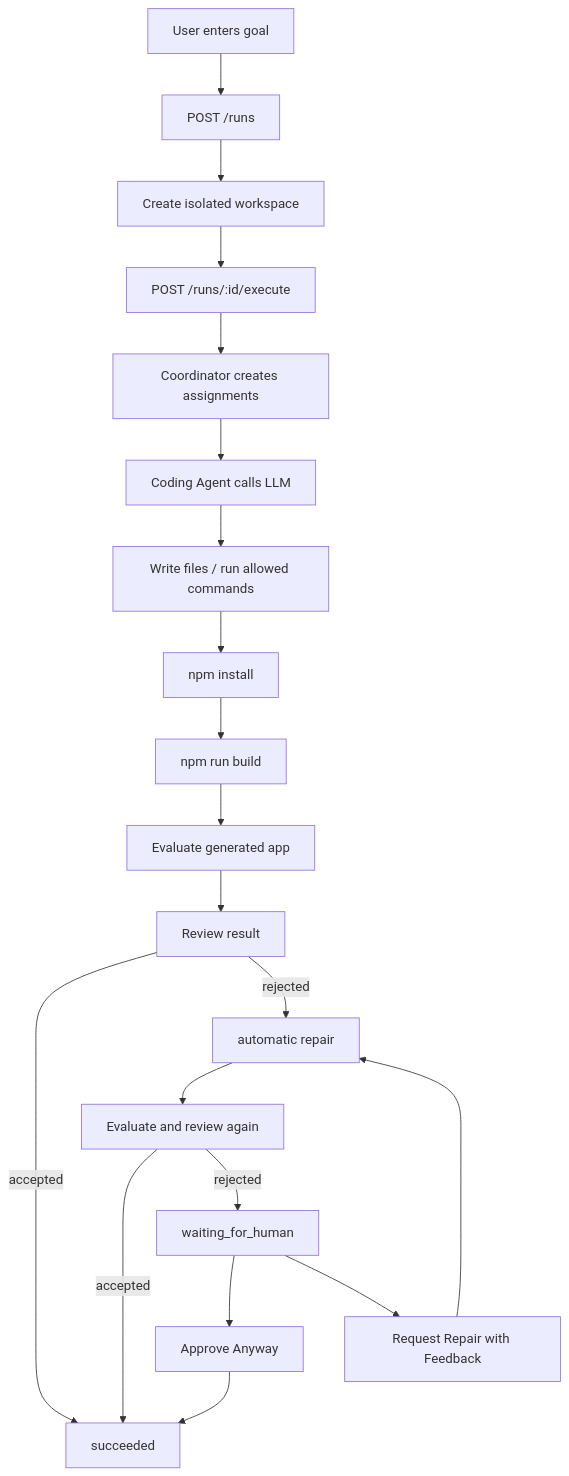
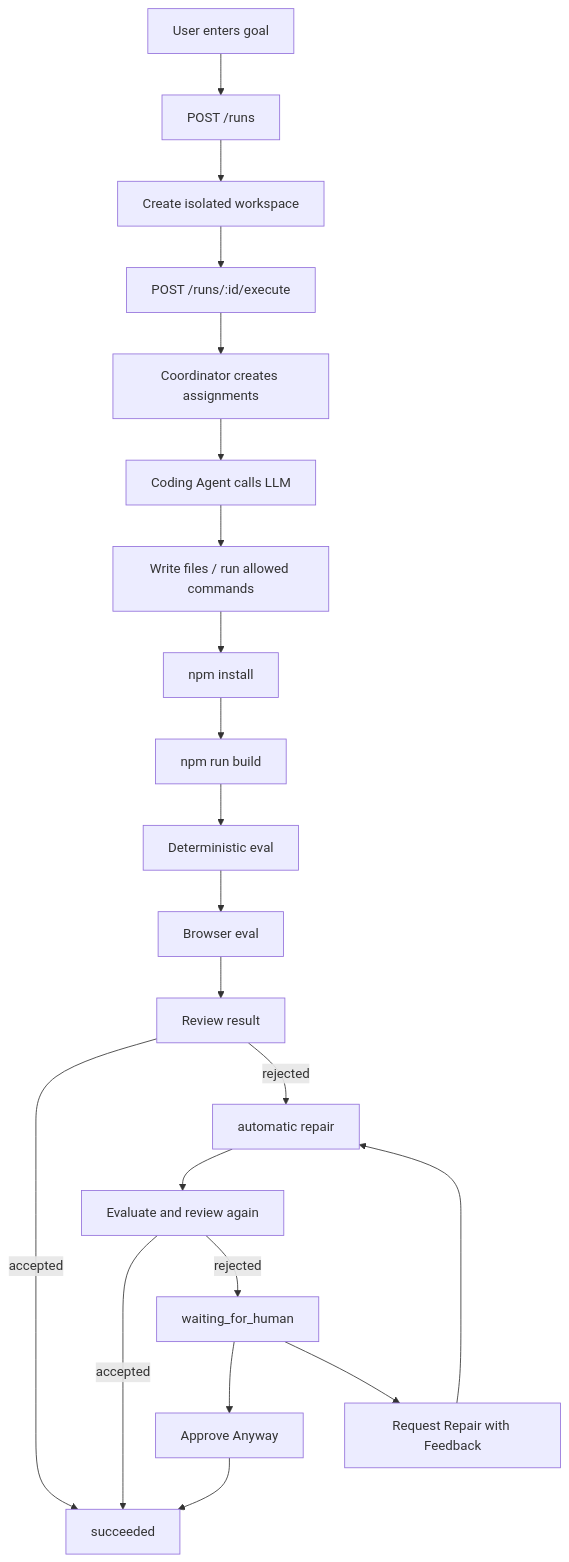
One commit to Marvin725626/appforge-agent-platform changed the diagram in docs/workflow.md. Above: the diagram before and after it, drawn with Mermaid. The commit also changed other lines of this file and 22 other files, not shown here.

````diff
--- a/docs/workflow.md
+++ b/docs/workflow.md
@@ -33,22 +38,23 @@
 ```mermaid
 flowchart TD
     A["User enters goal"] --> B["POST /runs"]
     B --> C["Create isolated workspace"]
     C --> D["POST /runs/:id/execute"]
     D --> E["Coordinator creates assignments"]
     E --> F["Coding Agent calls LLM"]
     F --> G["Write files / run allowed commands"]
     G --> H["npm install"]
     H --> I["npm run build"]
-    I --> J["Evaluate generated app"]
-    J --> K["Review result"]
+    I --> J["Deterministic eval"]
+    J --> JB["Browser eval"]
+    JB --> K["Review result"]
     K -->|accepted| L["succeeded"]
     K -->|rejected| M["automatic repair"]
     M --> N["Evaluate and review again"]
     N -->|accepted| L
     N -->|rejected| O["waiting_for_human"]
     O --> P["Approve Anyway"]
     O --> Q["Request Repair with Feedback"]
     P --> L
     Q --> M
 ```
````
